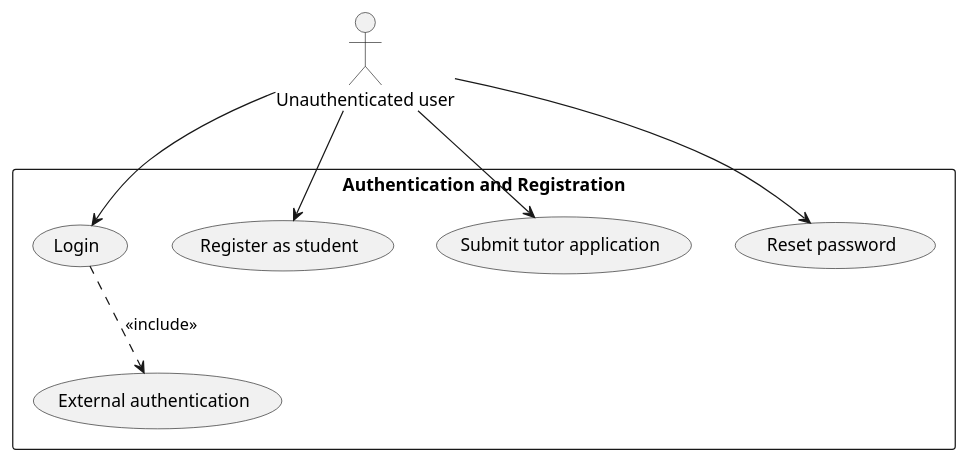
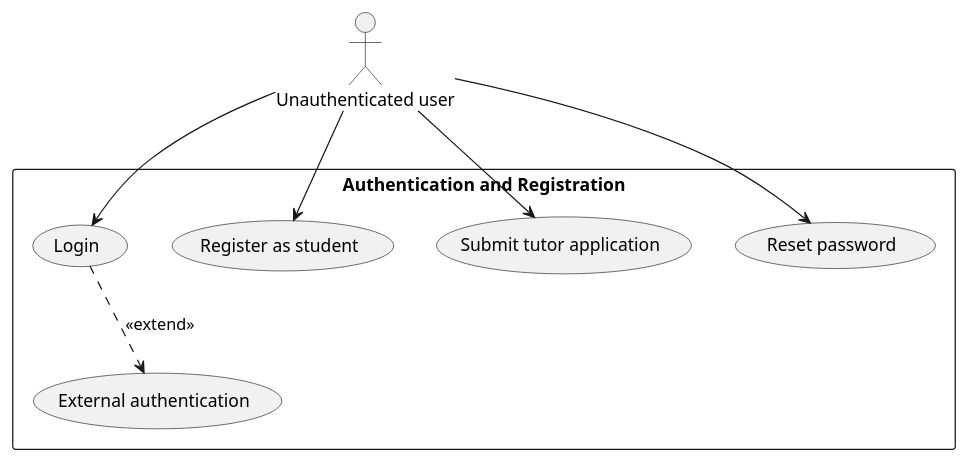
The diagram in use-case-diagram/useCaseP1.md (AlexShukel/PSI2025), drawn with PlantUML before and after one commit. The commit also changed 3 other files, not shown here.

Commit message:
Change include to extend

```diff
--- a/use-case-diagram/useCaseP1.md
+++ b/use-case-diagram/useCaseP1.md
@@ -1,23 +1,23 @@
 @startuml Authentication_Registration
 top to bottom direction
 skinparam packageStyle rectangle
 
 actor "Unauthenticated user" as Anon
 
 rectangle "Authentication and Registration" {
   usecase (Login) as UC_LOGIN
   usecase (External authentication) as UC_EXT_AUTH
   usecase (Register as student) as UC_REG_ST
   usecase (Submit tutor application) as UC_APP_TUT
   usecase (Reset password) as UC_RST_PWD
 }
 
 Anon --> UC_LOGIN
 Anon --> UC_REG_ST
 Anon --> UC_APP_TUT
 Anon --> UC_RST_PWD
 
-UC_LOGIN ..> UC_EXT_AUTH : <<include>>
+UC_LOGIN ..> UC_EXT_AUTH : <<extend>>
 
 
 @enduml
```
